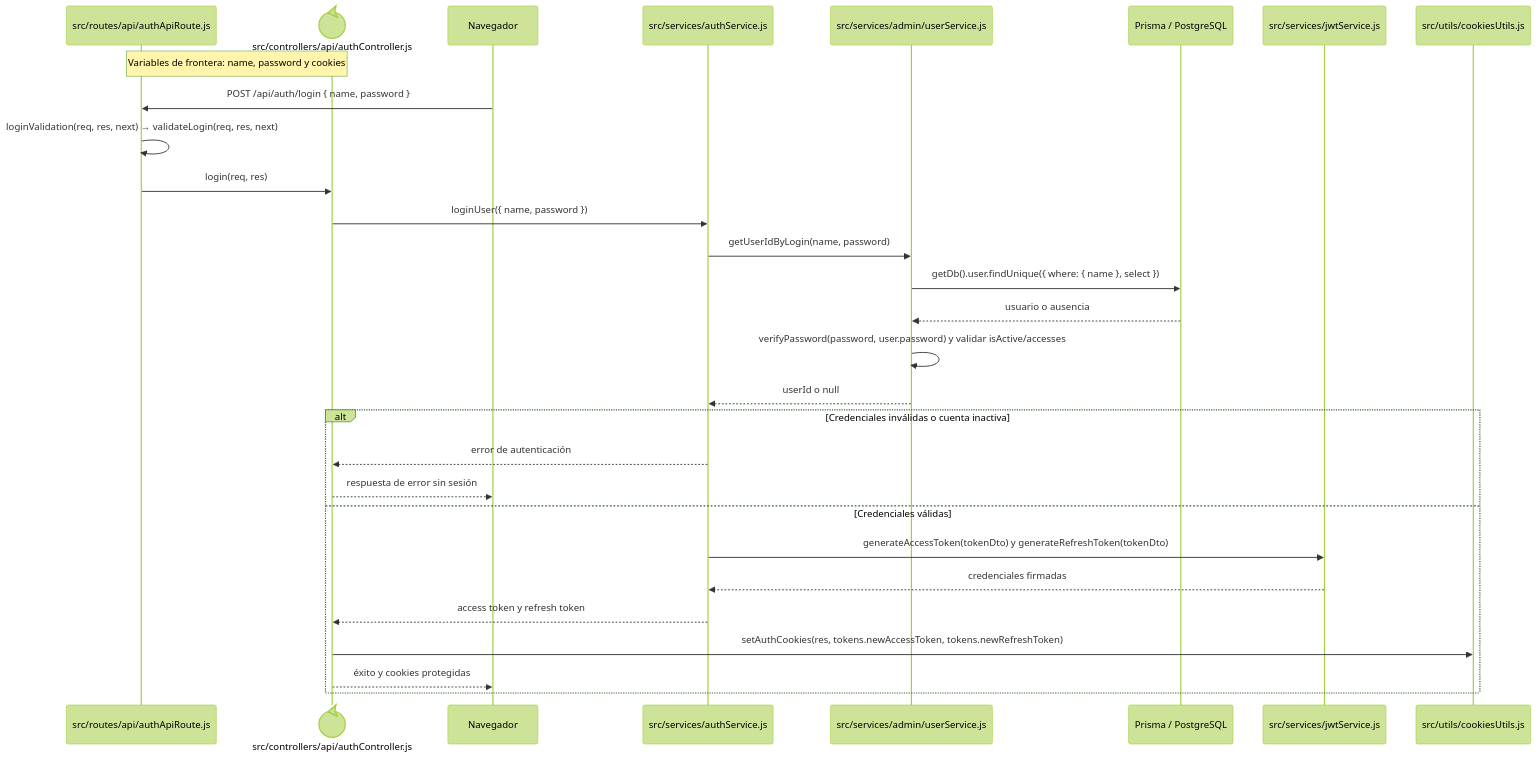
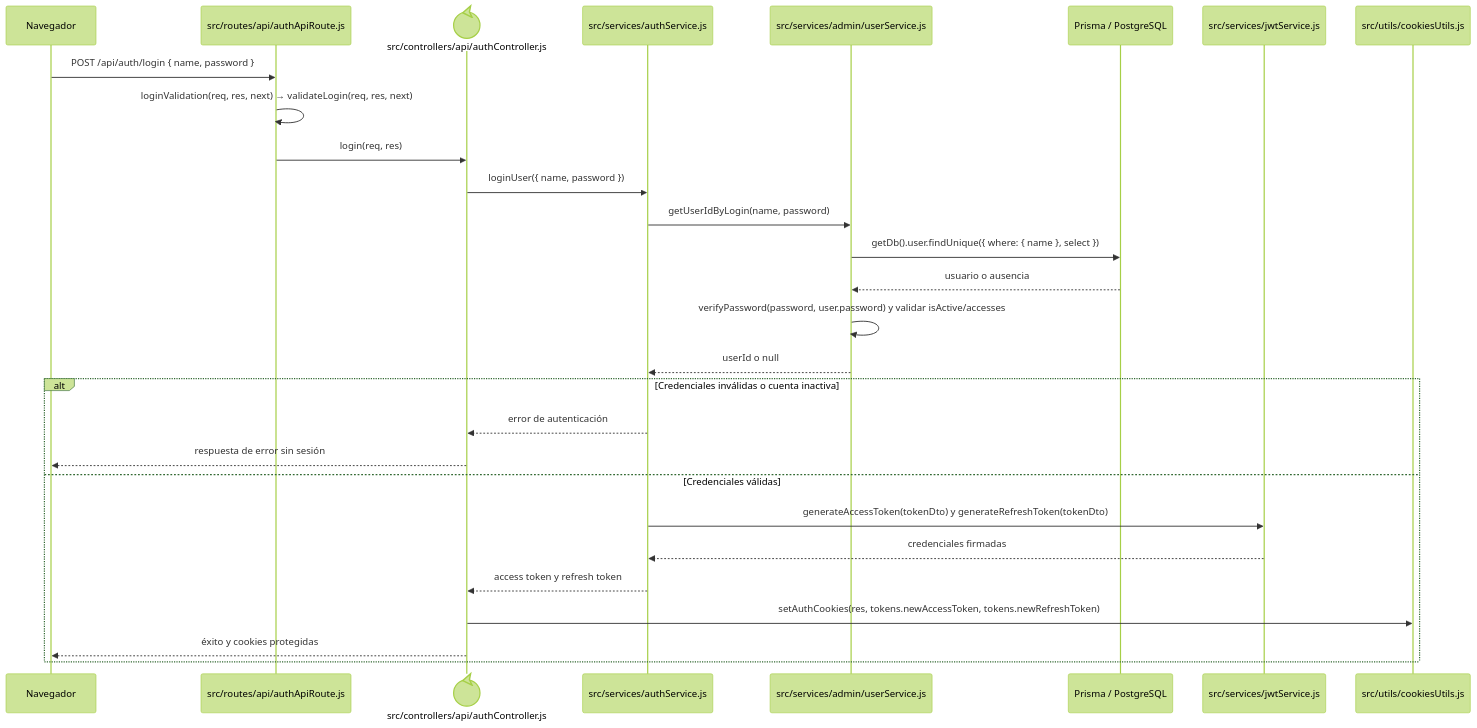
One commit to gpgsistemas01/nexus changed the diagram in docs/architecture/backend-code-sequences/authentication/cu-aut-01.md. Above: the diagram before and after it, drawn with Mermaid (forest theme). The commit also changed 148 other files, not shown here.

````diff
--- a/docs/architecture/backend-code-sequences/authentication/cu-aut-01.md
+++ b/docs/architecture/backend-code-sequences/authentication/cu-aut-01.md
@@ -6,32 +6,31 @@
 ```mermaid
 sequenceDiagram
-    Note over Router,Controller: Variables de frontera: name, password y cookies
     participant Browser as Navegador
     participant Router as src/routes/api/authApiRoute.js
     participant Controller@{ "type": "control" } as src/controllers/api/authController.js
     participant Service as src/services/authService.js
     participant User as src/services/admin/userService.js
     participant Prisma as Prisma / PostgreSQL
     participant Token as src/services/jwtService.js
     participant Cookies as src/utils/cookiesUtils.js
 
     Browser->>Router: POST /api/auth/login { name, password }
     Router->>Router: loginValidation(req, res, next) → validateLogin(req, res, next)
     Router->>Controller: login(req, res)
     Controller->>Service: loginUser({ name, password })
     Service->>User: getUserIdByLogin(name, password)
     User->>Prisma: getDb().user.findUnique({ where: { name }, select })
     Prisma-->>User: usuario o ausencia
     User->>User: verifyPassword(password, user.password) y validar isActive/accesses
     User-->>Service: userId o null
     alt Credenciales inválidas o cuenta inactiva
         Service-->>Controller: error de autenticación
         Controller-->>Browser: respuesta de error sin sesión
     else Credenciales válidas
         Service->>Token: generateAccessToken(tokenDto) y generateRefreshToken(tokenDto)
         Token-->>Service: credenciales firmadas
         Service-->>Controller: access token y refresh token
         Controller->>Cookies: setAuthCookies(res, tokens.newAccessToken, tokens.newRefreshToken)
         Controller-->>Browser: éxito y cookies protegidas
     end
 ```
````
